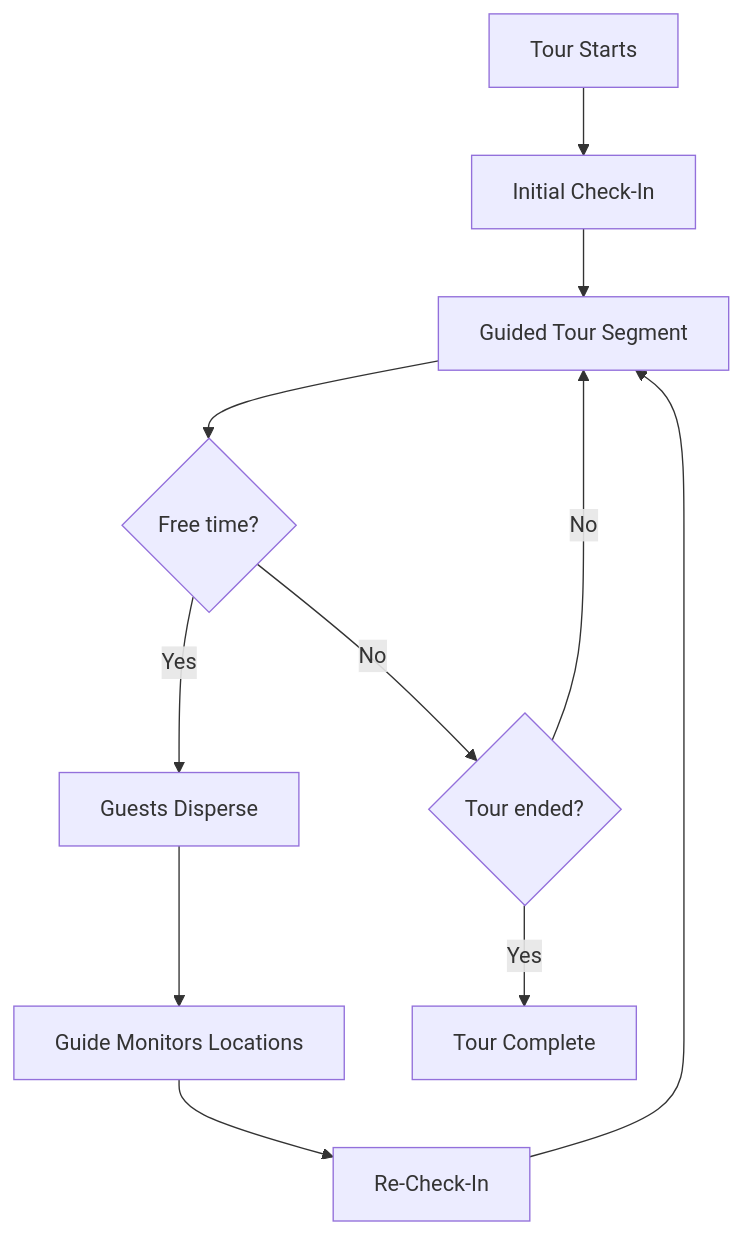
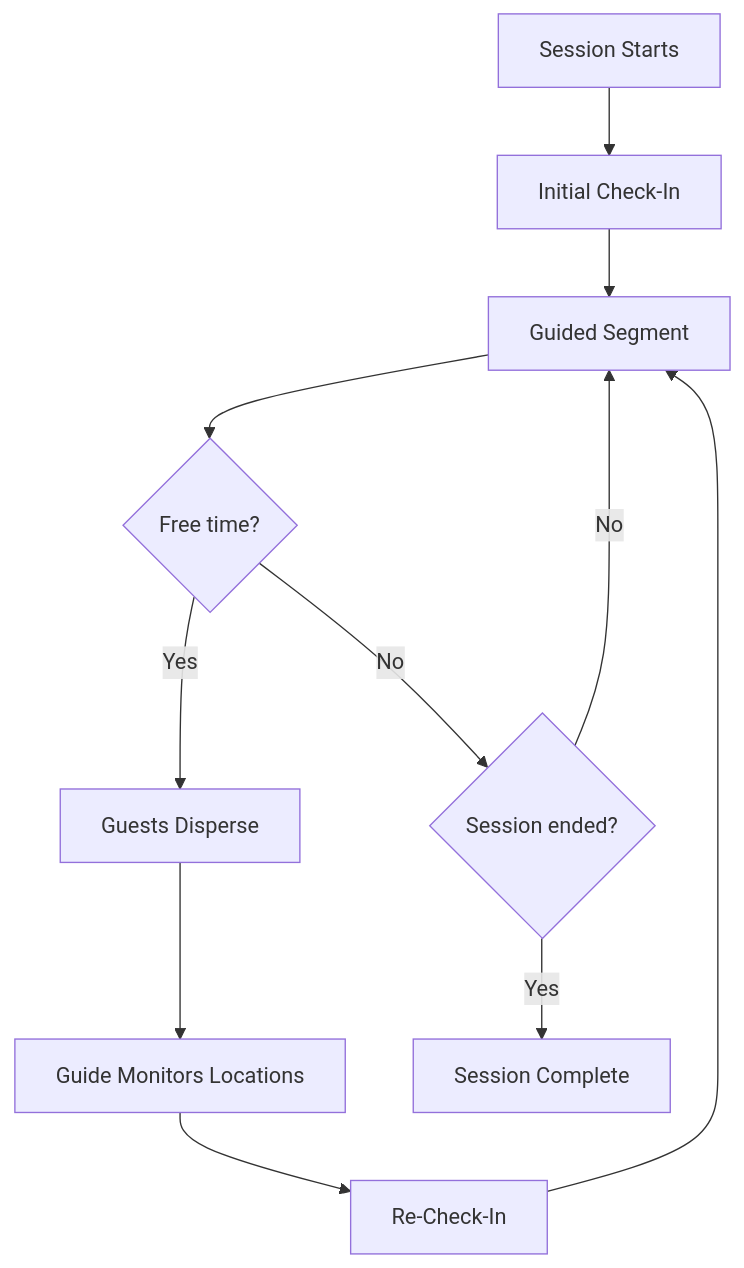
Before and after one commit to wariya-placehub/triptoe-docs: the third of 3 diagrams in 1_product_overview.md, drawn with Mermaid. The commit also changed other lines of this file and 5 other files, not shown here.

````diff
--- a/1_product_overview.md
+++ b/1_product_overview.md
@@ -112,13 +112,13 @@
 ```mermaid
 flowchart TD
-    A[Tour Starts] --> B[Initial Check-In]
-    B --> C[Guided Tour Segment]
+    A[Session Starts] --> B[Initial Check-In]
+    B --> C[Guided Segment]
     C --> D{Free time?}
     D -->|Yes| E[Guests Disperse]
     E --> F[Guide Monitors Locations]
     F --> G[Re-Check-In]
     G --> C
-    D -->|No| H{Tour ended?}
+    D -->|No| H{Session ended?}
     H -->|No| C
-    H -->|Yes| I[Tour Complete]
+    H -->|Yes| I[Session Complete]
 ```
````
